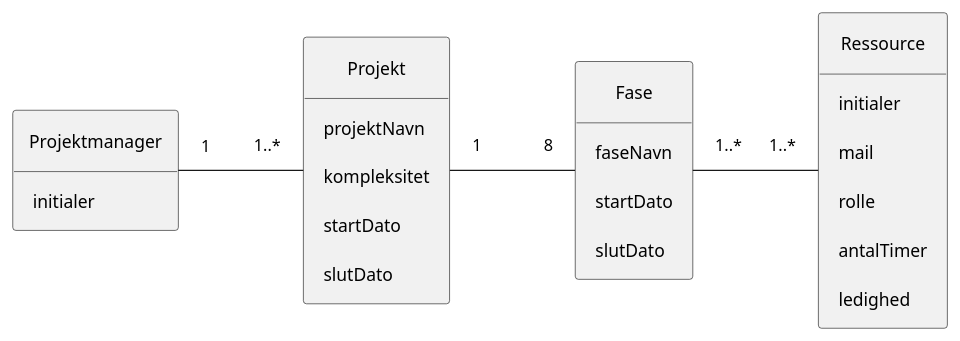
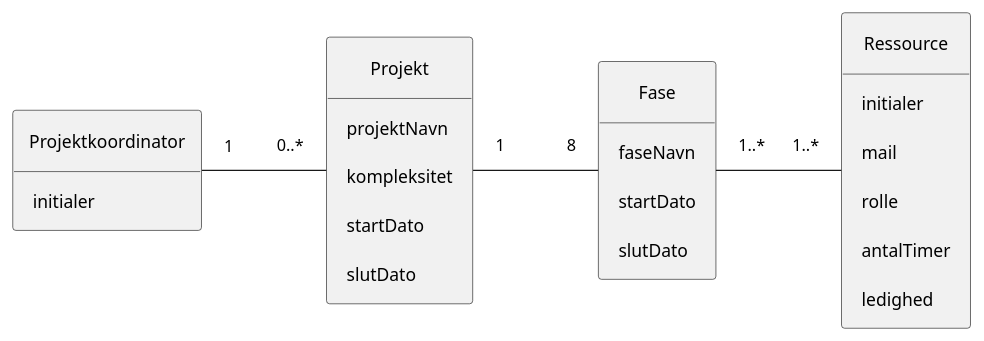
Before and after one commit to Rasmuus15/Eksamensprojekt-Novo: the diagram in Models/Novo-DomainModel.plantuml, drawn with PlantUML. The commit also changed 2 other files, not shown here.

Commit message:
Changed ProjektManager to Koordinator

```diff
--- a/Models/Novo-DomainModel.plantuml
+++ b/Models/Novo-DomainModel.plantuml
@@ -1,46 +1,46 @@
 @startuml
 hide circle
 hide empty members
 
 skinparam padding 10
 skinparam nodesep 100
 skinparam ranksep 100
 
-Projektmanager "1" ---right--- "1..*" Projekt
+Projektkoordinator "1" ---right--- "0..*" Projekt
 Fase "8" ---left--- "1" Projekt
 Fase "1..*" ---right--- "1..*" Ressource
 
 'Konceptuelle klasser
-Class Projektmanager
+Class Projektkoordinator
 {
     initialer
 }
 
 Class Ressource
 {
     initialer
     mail
     rolle
     antalTimer
     ledighed
 }
 
 Class Fase
 {
     faseNavn
     startDato
     slutDato
 }
 
 Class Projekt
 {
     projektNavn
     kompleksitet
     startDato
     slutDato
 }
 
 
 
 
 @enduml
```
